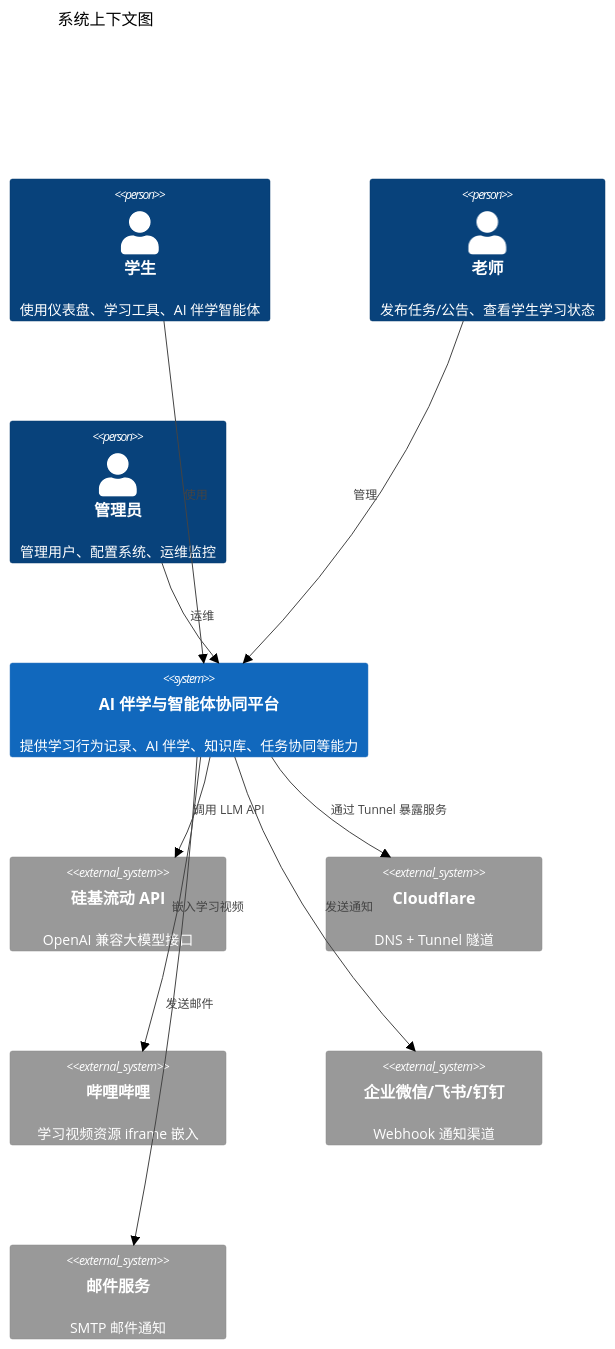
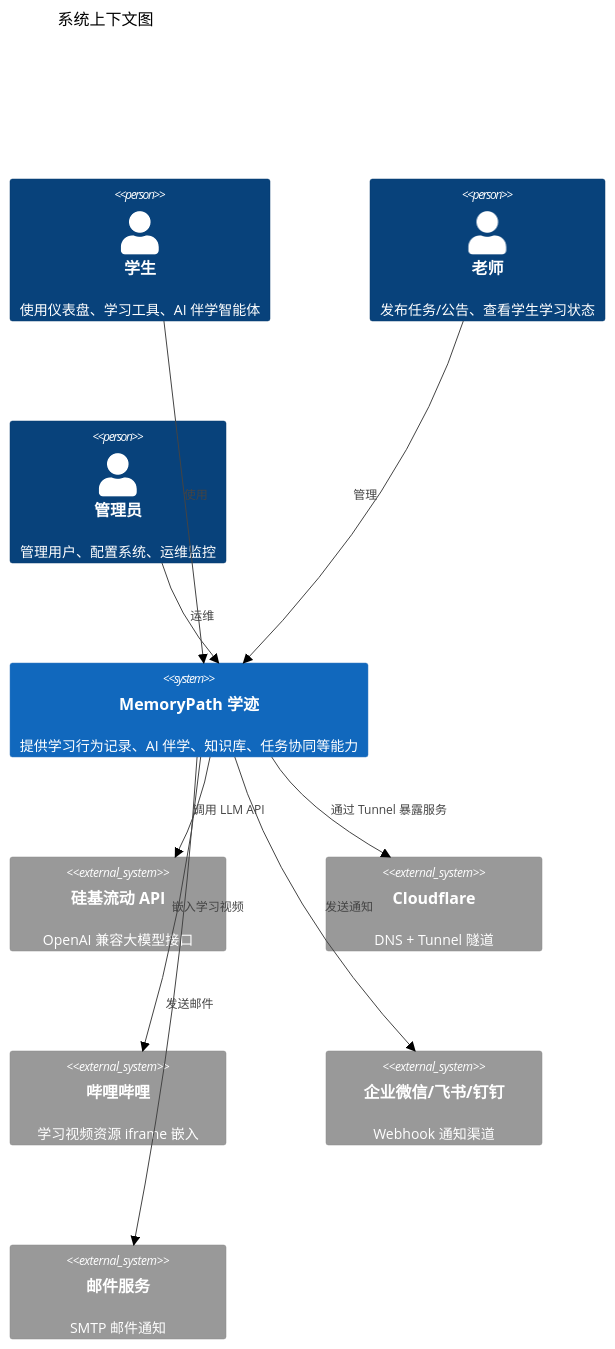
The first of 26 diagrams in docs/architecture.md (mikoto0418/studyPartner), drawn with Mermaid (neutral theme) before and after one commit. The commit also changed other lines of this file and 32 other files, not shown here.

First line of the commit message:
feat(brand): 品牌升级为 MemoryPath 学迹并重做登录页

````diff
--- a/docs/architecture.md
+++ b/docs/architecture.md
@@ -59,25 +59,25 @@
 ```mermaid
 C4Context
     title 系统上下文图
 
     Person(student, "学生", "使用仪表盘、学习工具、AI 伴学智能体")
     Person(teacher, "老师", "发布任务/公告、查看学生学习状态")
     Person(admin, "管理员", "管理用户、配置系统、运维监控")
 
-    System(platform, "AI 伴学与智能体协同平台", "提供学习行为记录、AI 伴学、知识库、任务协同等能力")
+    System(platform, "MemoryPath 学迹", "提供学习行为记录、AI 伴学、知识库、任务协同等能力")
 
     System_Ext(siliconflow, "硅基流动 API", "OpenAI 兼容大模型接口")
     System_Ext(cloudflare, "Cloudflare", "DNS + Tunnel 隧道")
     System_Ext(bilibili, "哔哩哔哩", "学习视频资源 iframe 嵌入")
     System_Ext(webhook, "企业微信/飞书/钉钉", "Webhook 通知渠道")
     System_Ext(email, "邮件服务", "SMTP 邮件通知")
 
     Rel(student, platform, "使用")
     Rel(teacher, platform, "管理")
     Rel(admin, platform, "运维")
     Rel(platform, siliconflow, "调用 LLM API")
     Rel(platform, cloudflare, "通过 Tunnel 暴露服务")
     Rel(platform, bilibili, "嵌入学习视频")
     Rel(platform, webhook, "发送通知")
     Rel(platform, email, "发送邮件")
 ```
````
